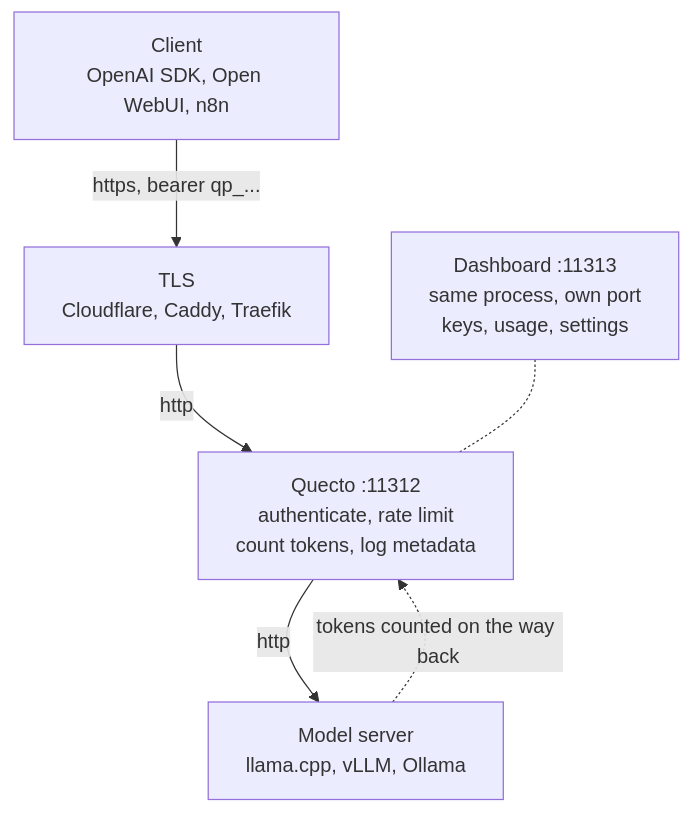
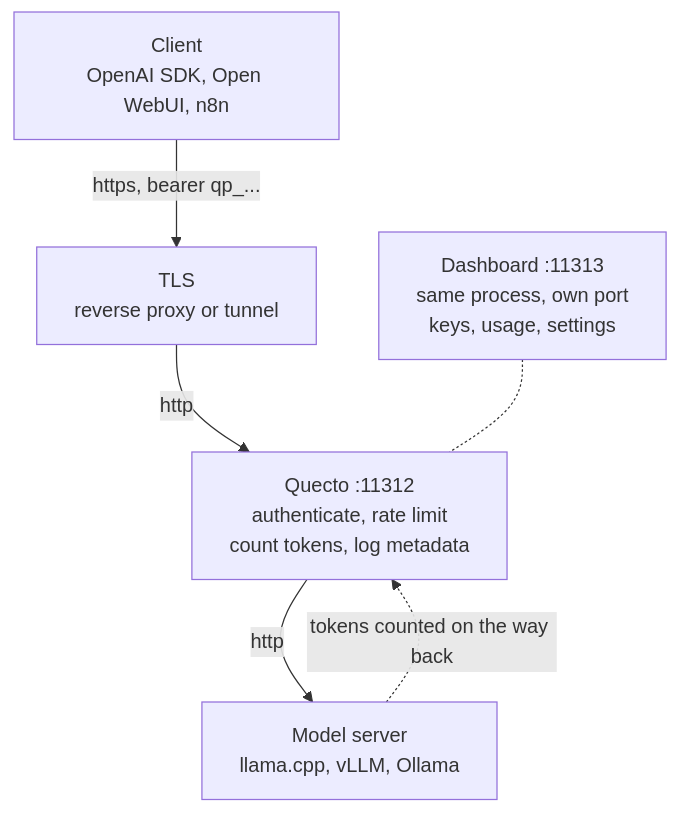
One commit to jesdga95/quecto-proxy changed the diagram in README.md. Above: the diagram before and after it, drawn with Mermaid. The commit also changed other lines of this file and 2 other files, not shown here.

````diff
--- a/README.md
+++ b/README.md
@@ -11,12 +11,12 @@
 ```mermaid
 flowchart TD
   C["Client<br/>OpenAI SDK, Open WebUI, n8n"]
-  E["TLS<br/>Cloudflare, Caddy, Traefik"]
+  E["TLS<br/>reverse proxy or tunnel"]
   Q["Quecto :11312<br/>authenticate, rate limit<br/>count tokens, log metadata"]
   M["Model server<br/>llama.cpp, vLLM, Ollama"]
   A["Dashboard :11313<br/>same process, own port<br/>keys, usage, settings"]
 
   C -->|"https, bearer qp_..."| E -->|http| Q -->|http| M
   M -.->|"tokens counted on the way back"| Q
   A -.- Q
 ```
````
